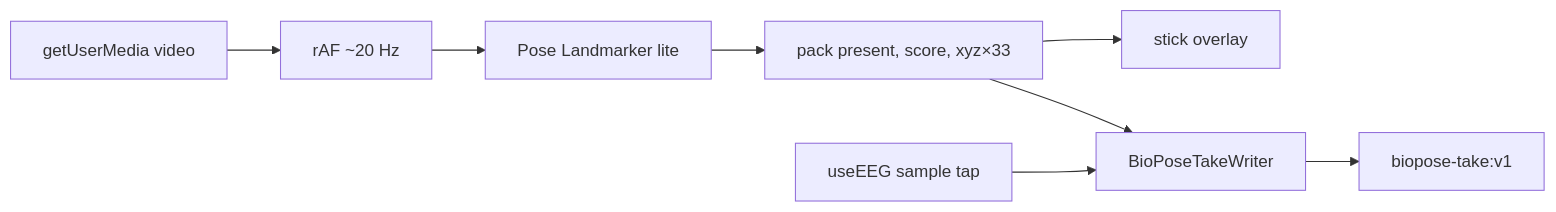
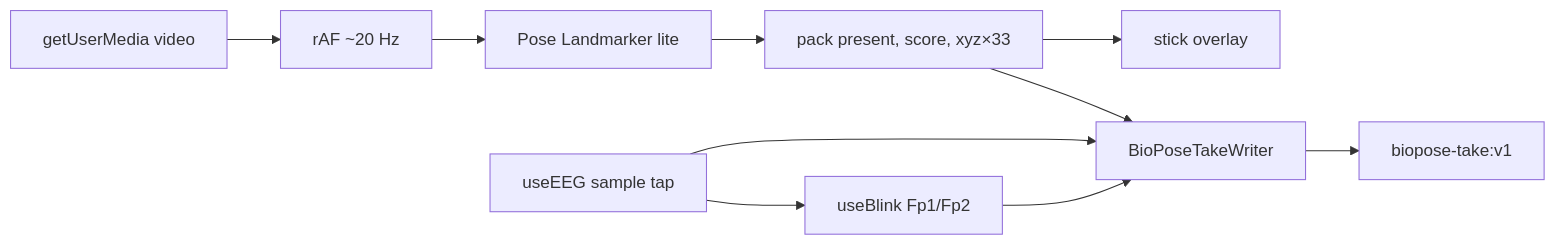
Before and after one commit to pieeg-club/PiEEG-docs: the diagram in pages/software/features/biopose.mdx, drawn with Mermaid. The commit also changed other lines of this file and 3 other files, not shown here.

````diff
--- a/pages/software/features/biopose.mdx
+++ b/pages/software/features/biopose.mdx
@@ -31,10 +31,12 @@
 ```mermaid
 flowchart LR
   cam["getUserMedia video"] --> rAF["rAF ~20 Hz"]
   rAF --> mp["Pose Landmarker lite"]
   mp --> pack["pack present, score, xyz×33"]
   pack --> overlay["stick overlay"]
   pack --> writer["BioPoseTakeWriter"]
   eeg["useEEG sample tap"] --> writer
+  eeg --> blink["useBlink Fp1/Fp2"]
+  blink --> writer
   writer --> take["biopose-take:v1"]
 ```
````
